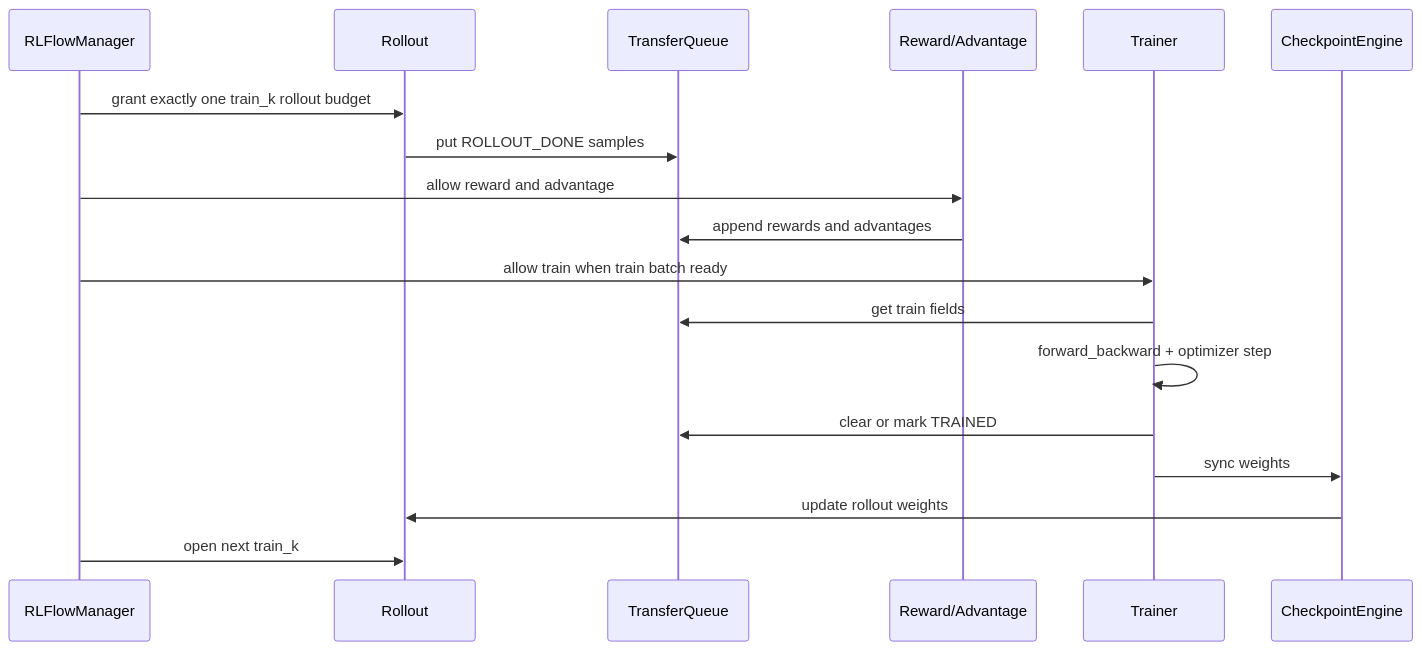
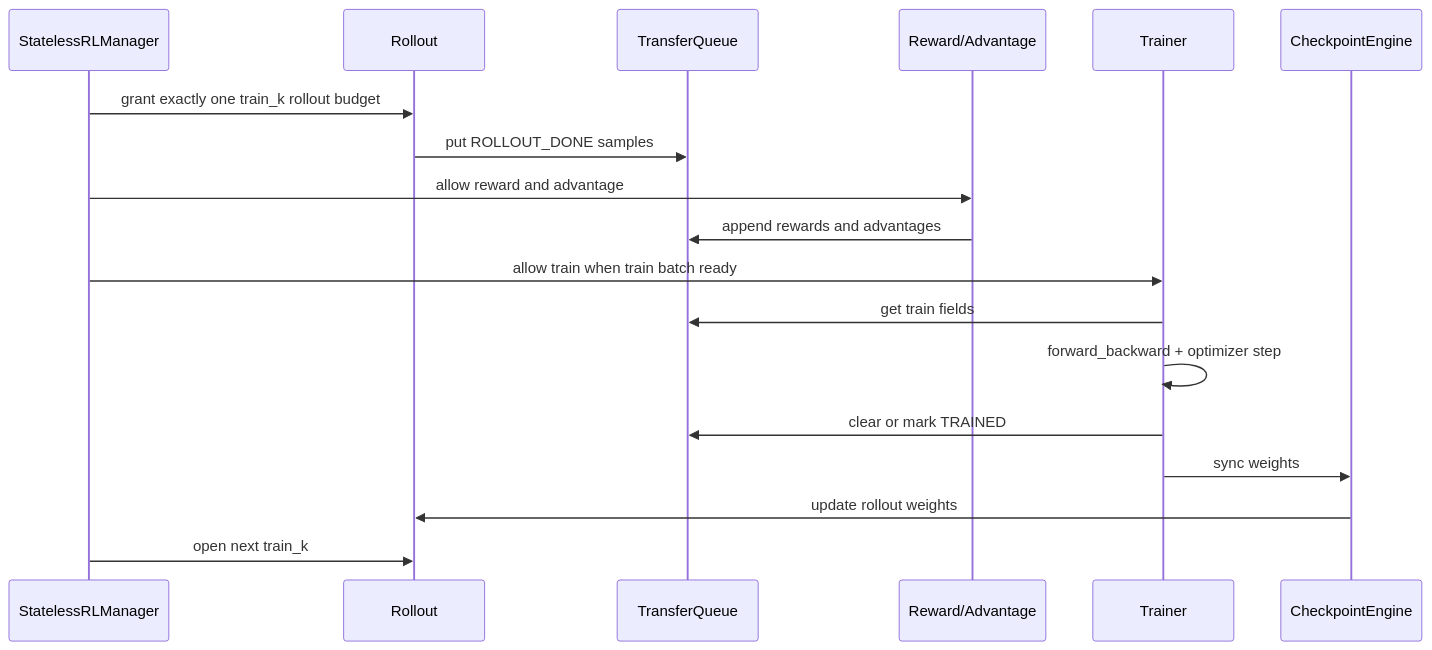
One commit to meichangsu1/twinkle changed the sixth of 6 diagrams in docs/source_zh/组件/Gym/Async-Agentic-RL-Spec.md. Above: the diagram before and after it, drawn with Mermaid. The commit also changed other lines of this file and 1 other file, not shown here.

````diff
--- a/docs/source_zh/组件/Gym/Async-Agentic-RL-Spec.md
+++ b/docs/source_zh/组件/Gym/Async-Agentic-RL-Spec.md
@@ -490,21 +624,21 @@
 ```mermaid
 sequenceDiagram
-    participant M as RLFlowManager
+    participant M as StatelessRLManager
     participant R as Rollout
     participant Q as TransferQueue
     participant W as Reward/Advantage
     participant T as Trainer
     participant S as CheckpointEngine
 
     M->>R: grant exactly one train_k rollout budget
     R->>Q: put ROLLOUT_DONE samples
     M->>W: allow reward and advantage
     W->>Q: append rewards and advantages
     M->>T: allow train when train batch ready
     T->>Q: get train fields
     T->>T: forward_backward + optimizer step
     T->>Q: clear or mark TRAINED
     T->>S: sync weights
     S->>R: update rollout weights
     M->>R: open next train_k
 ```
````
